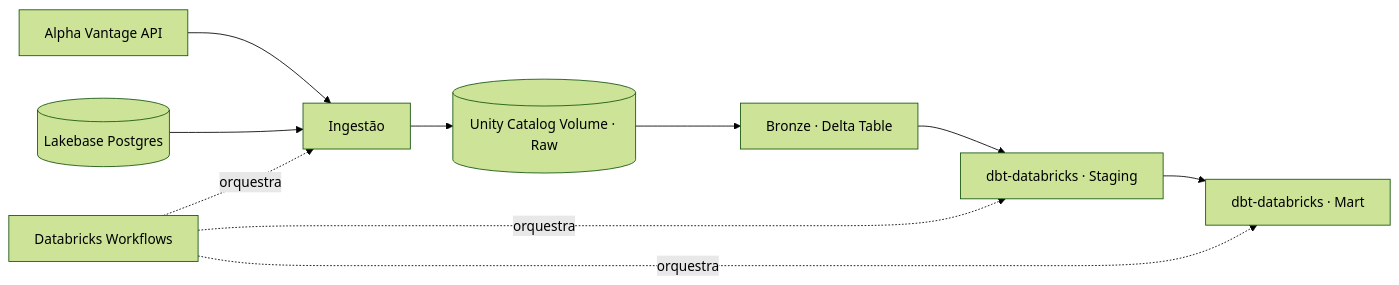
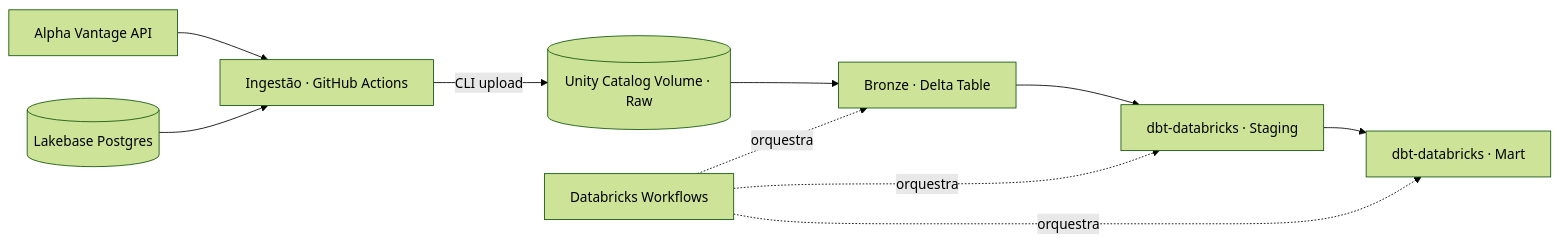
Before and after one commit to Damazordon/Damazordon: the diagram in README.md, drawn with Mermaid (forest theme). The commit also changed other lines of this file, not shown here.

````diff
--- a/README.md
+++ b/README.md
@@ -24,12 +24,12 @@
 ```mermaid
 flowchart LR
-    A[Alpha Vantage API] --> C[Ingestão]
+    A[Alpha Vantage API] --> C[Ingestão · GitHub Actions]
     B[(Lakebase Postgres)] --> C
-    C --> D[(Unity Catalog Volume · Raw)]
+    C -->|CLI upload| D[(Unity Catalog Volume · Raw)]
     D --> E[Bronze · Delta Table]
     E --> F[dbt-databricks · Staging]
     F --> G[dbt-databricks · Mart]
-    H[Databricks Workflows] -.orquestra.-> C
+    H[Databricks Workflows] -.orquestra.-> E
     H -.orquestra.-> F
     H -.orquestra.-> G
 ```
````
